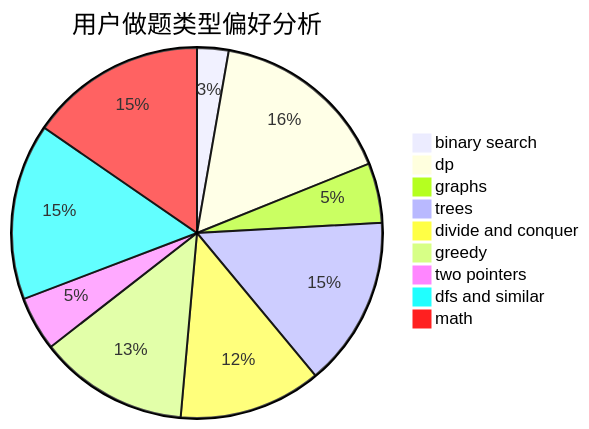
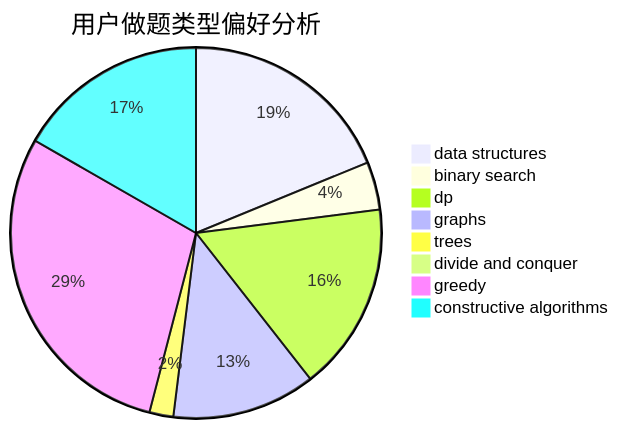
One commit to sherpahu/cfrs.github.io changed the second of 3 diagrams in docs/user/u996.md. Above: the diagram before and after it, drawn with Mermaid. The commit also changed other lines of this file and 2775 other files, not shown here.

````diff
--- a/docs/user/u996.md
+++ b/docs/user/u996.md
@@ -23,12 +23,11 @@
 ```mermaid
 pie title 用户做题类型偏好分析
-    "binary search" :  40
-    "dp" :  235
-    "graphs" :  76
-    "trees" :  216
-    "divide and conquer" :  181
-    "greedy" :  190
-    "two pointers" :  69
-    "dfs and similar" :  224
-    "math" :  224
+    "data structures" :  72
+    "binary search" :  16
+    "dp" :  63
+    "graphs" :  48
+    "trees" :  8
+    "divide and conquer" :  0
+    "greedy" :  112
+    "constructive algorithms" :  64
 ```
````
